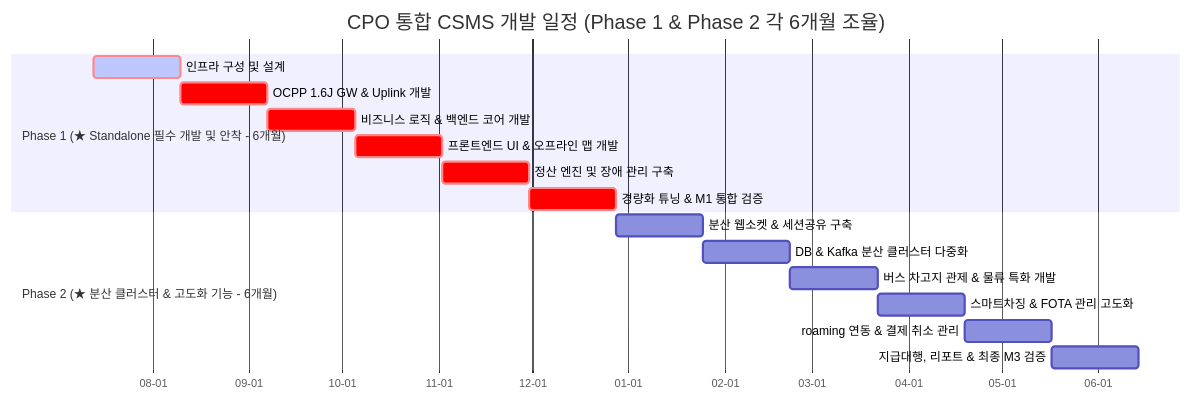
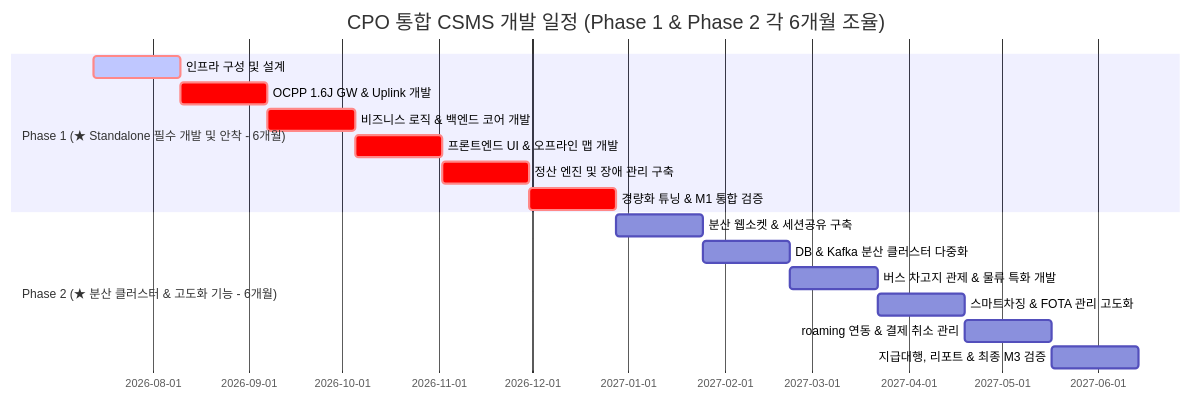
The first of 7 diagrams in doc/01.prd.md (h2y-hyhong2/h2y-ocpp), drawn with Mermaid before and after one commit. The commit also changed 3 other files, not shown here.

Commit message:
docs: update Mermaid Gantt chart axisFormat to display year (%Y-%m-%d)

````diff
--- a/doc/01.prd.md
+++ b/doc/01.prd.md
@@ -19,22 +19,22 @@
 ```mermaid
 gantt
     title CPO 통합 CSMS 개발 일정 (Phase 1 & Phase 2 각 6개월 조율)
     dateFormat  YYYY-MM-DD
-    axisFormat  %m-%d
+    axisFormat  %Y-%m-%d
     
     section Phase 1 (★ Standalone 필수 개발 및 안착 - 6개월)
     인프라 구성 및 설계        :crit, active, p1_infra, 2026-07-13, 28d
     OCPP 1.6J GW & Uplink 개발   :crit, p1_gw, after p1_infra, 28d
     비즈니스 로직 & 백엔드 코어 개발 :crit, p1_biz, after p1_gw, 28d
     프론트엔드 UI & 오프라인 맵 개발 :crit, p1_fe, after p1_biz, 28d
     정산 엔진 및 장애 관리 구축    :crit, p1_twin, after p1_fe, 28d
     경량화 튜닝 & M1 통합 검증      :crit, p1_test, after p1_twin, 28d
     
     section Phase 2 (★ 분산 클러스터 & 고도화 기능 - 6개월)
     분산 웹소켓 & 세션공유 구축      : p2_infra, after p1_test, 28d
     DB & Kafka 분산 클러스터 다중화 : p2_db, after p2_infra, 28d
     버스 차고지 관제 & 물류 특화 개발  : p2_bus, after p2_db, 28d
     스마트차징 & FOTA 관리 고도화   : p2_smart, after p2_bus, 28d
     roaming 연동 & 결제 취소 관리   : p2_roam, after p2_smart, 28d
     지급대행, 리포트 & 최종 M3 검증   : p2_final, after p2_roam, 28d
 ```
````
